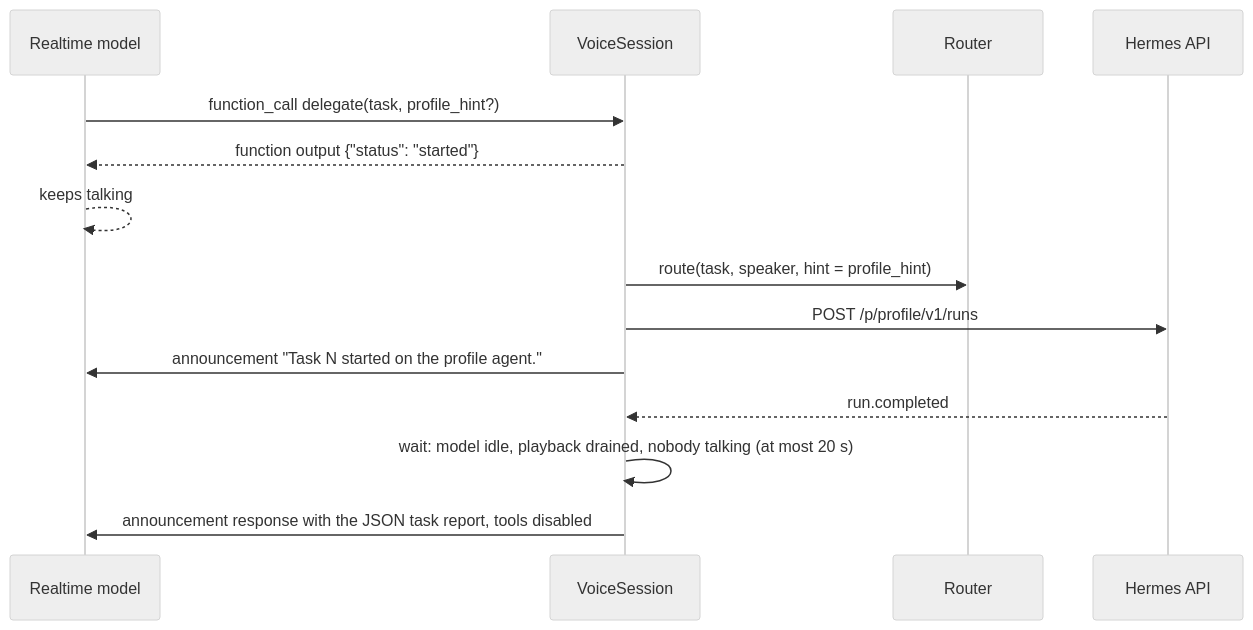
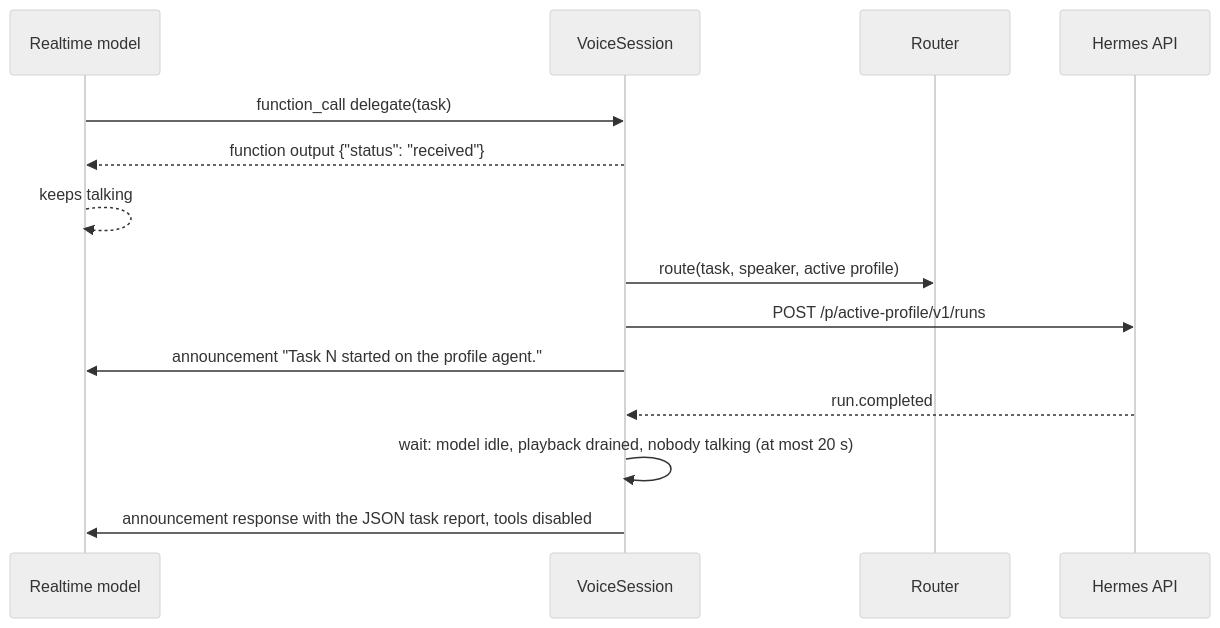
The third of 4 diagrams in docs/system/architecture.md (robsgreen/hermes-duplex), drawn with Mermaid (neutral theme) before and after one commit. The commit also changed other lines of this file and 4 other files, not shown here.

First line of the commit message:
docs: active profile, switching, suggestions and Bot Mode notes (amendment task 4.3)

````diff
--- a/docs/system/architecture.md
+++ b/docs/system/architecture.md
@@ -140,16 +155,16 @@
 ```mermaid
 sequenceDiagram
   participant RT as Realtime model
   participant VS as VoiceSession
   participant R as Router
   participant H as Hermes API
-  RT->>VS: function_call delegate(task, profile_hint?)
-  VS-->>RT: function output {"status": "started"}
+  RT->>VS: function_call delegate(task)
+  VS-->>RT: function output {"status": "received"}
   RT-->>RT: keeps talking
-  VS->>R: route(task, speaker, hint = profile_hint)
-  VS->>H: POST /p/profile/v1/runs
+  VS->>R: route(task, speaker, active profile)
+  VS->>H: POST /p/active-profile/v1/runs
   VS->>RT: announcement "Task N started on the profile agent."
   H-->>VS: run.completed
   VS->>VS: wait: model idle, playback drained, nobody talking (at most 20 s)
   VS->>RT: announcement response with the JSON task report, tools disabled
 ```
````
